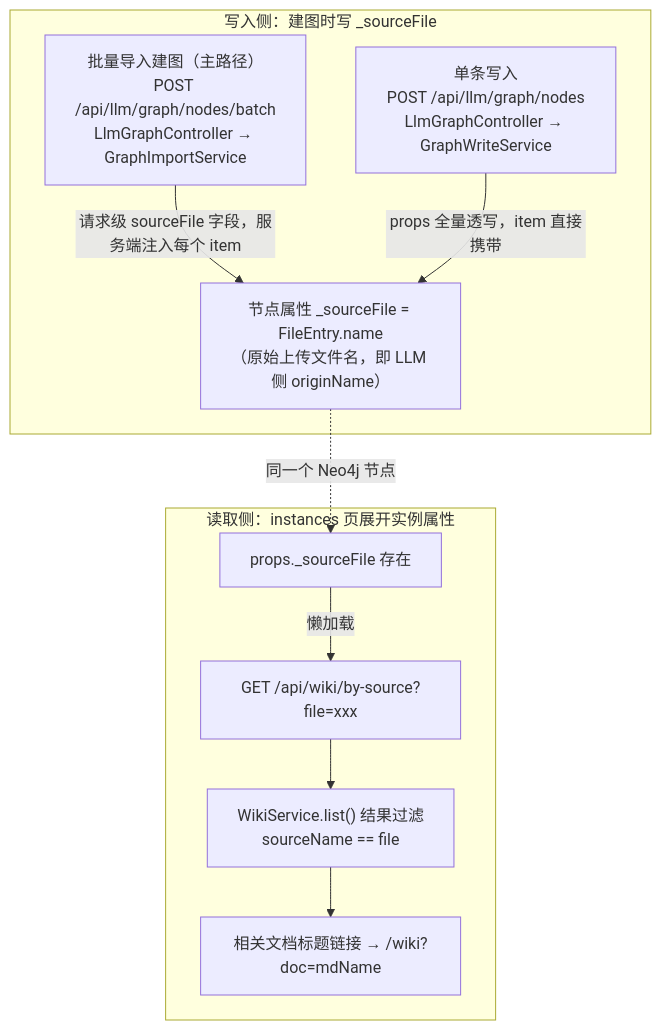
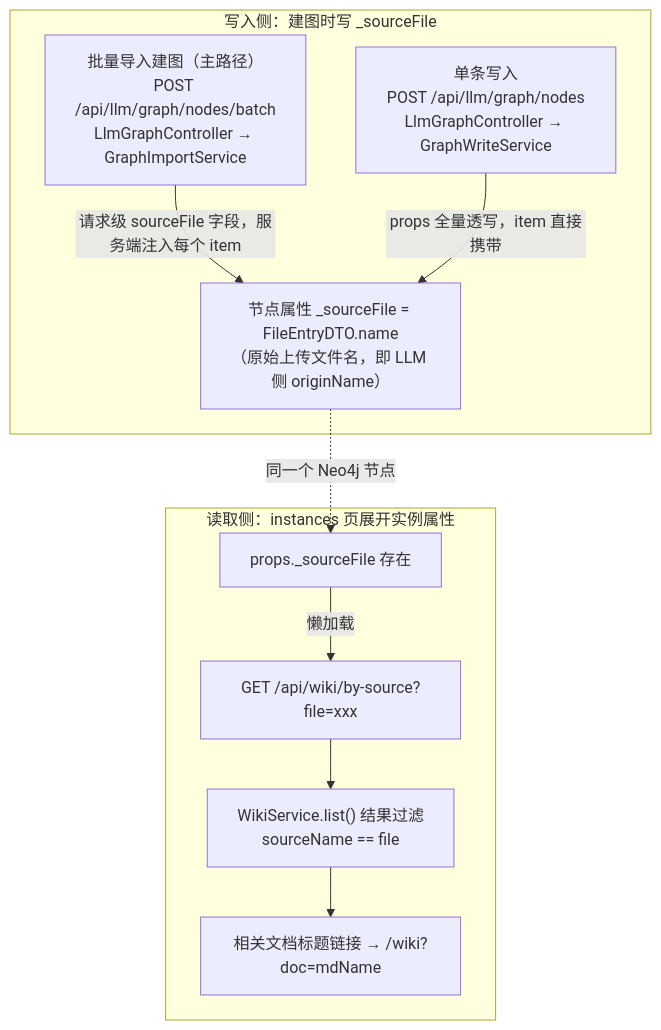
One commit to tianbaoxing/llmOntology changed the third of 4 diagrams in docs/知识库与文件管理/wiki-p1-design.md. Above: the diagram before and after it, drawn with Mermaid. The commit also changed other lines of this file and 12 other files, not shown here.

First line of the commit message:
refactor：FileEntry 迁移至 dto 包并更名 FileEntryDTO，删除 file/model 层

````diff
--- a/docs/知识库与文件管理/wiki-p1-design.md
+++ b/docs/知识库与文件管理/wiki-p1-design.md
@@ -101,13 +101,13 @@
 ```mermaid
 flowchart TD
     subgraph W ["写入侧：建图时写 _sourceFile"]
-        I1["批量导入建图（主路径）<br/>POST /api/llm/graph/nodes/batch<br/>LlmGraphController → GraphImportService"] -->|"请求级 sourceFile 字段，服务端注入每个 item"| P["节点属性 _sourceFile = FileEntry.name<br/>（原始上传文件名，即 LLM 侧 originName）"]
+        I1["批量导入建图（主路径）<br/>POST /api/llm/graph/nodes/batch<br/>LlmGraphController → GraphImportService"] -->|"请求级 sourceFile 字段，服务端注入每个 item"| P["节点属性 _sourceFile = FileEntryDTO.name<br/>（原始上传文件名，即 LLM 侧 originName）"]
         I2["单条写入<br/>POST /api/llm/graph/nodes<br/>LlmGraphController → GraphWriteService"] -->|"props 全量透写，item 直接携带"| P
     end
     subgraph R ["读取侧：instances 页展开实例属性"]
         EX["props._sourceFile 存在"] -->|"懒加载"| BS["GET /api/wiki/by-source?file=xxx"]
         BS --> M["WikiService.list() 结果过滤<br/>sourceName == file"]
         M --> RL["相关文档标题链接 → /wiki?doc=mdName"]
     end
     P -. 同一个 Neo4j 节点 .-> EX
 ```
````
